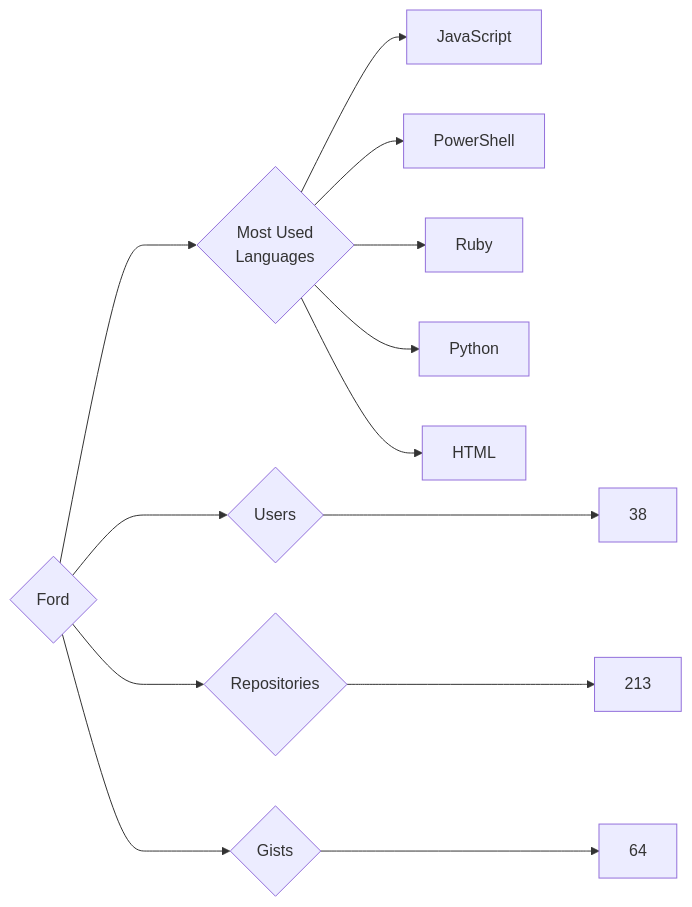
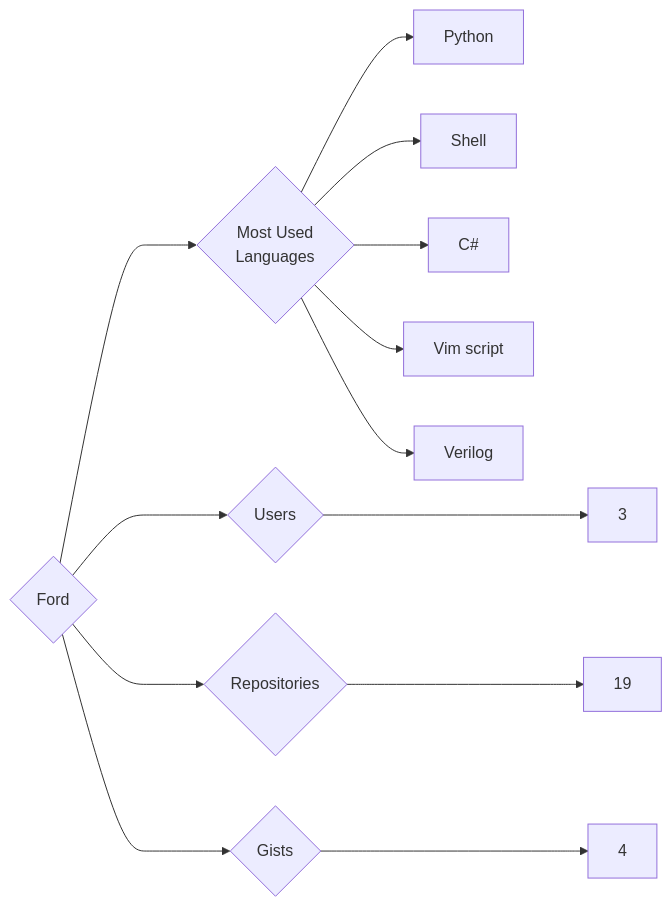
Before and after one commit to trickest/insiders: the diagram in targets/Ford/README.md, drawn with Mermaid. The commit also changed 935 other files, not shown here.

````diff
--- a/targets/Ford/README.md
+++ b/targets/Ford/README.md
@@ -3,13 +3,13 @@
 ```mermaid
 graph LR
 COMPANY_NAME{Ford}
-COMPANY_NAME ---> U{Users} ---> UN[38]
-COMPANY_NAME ---> R{Repositories} ---> RN[213]
-COMPANY_NAME ---> G{Gists} ---> GN[64]
+COMPANY_NAME ---> U{Users} ---> UN[3]
+COMPANY_NAME ---> R{Repositories} ---> RN[19]
+COMPANY_NAME ---> G{Gists} ---> GN[4]
 COMPANY_NAME ---> ML{Most Used<br>Languages}
-ML --> JavaScript[JavaScript]
-ML --> PowerShell[PowerShell]
-ML --> Ruby[Ruby]
 ML --> Python[Python]
-ML --> HTML[HTML]
+ML --> Shell[Shell]
+ML --> C#[C#]
+ML --> Vim_script[Vim script]
+ML --> Verilog[Verilog]
 ```
````
